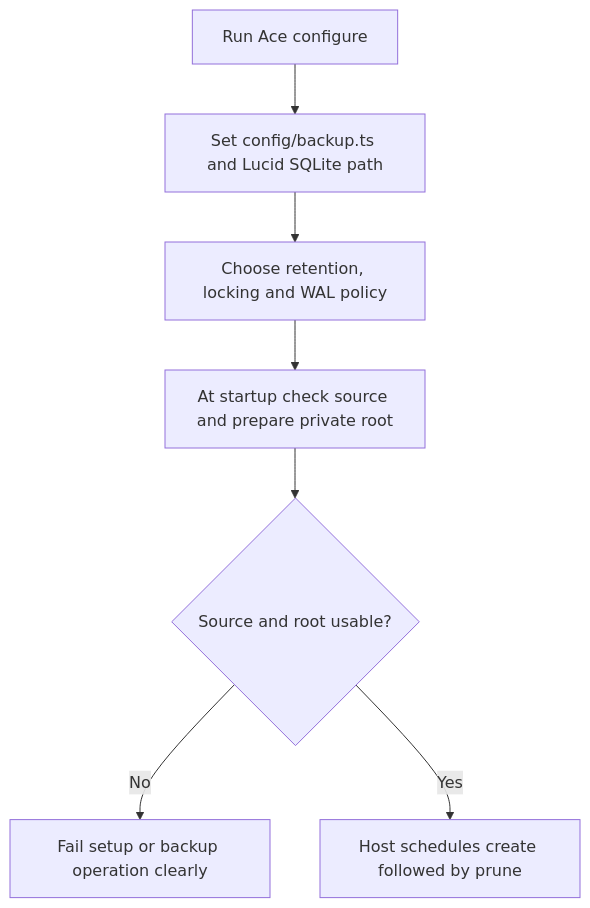
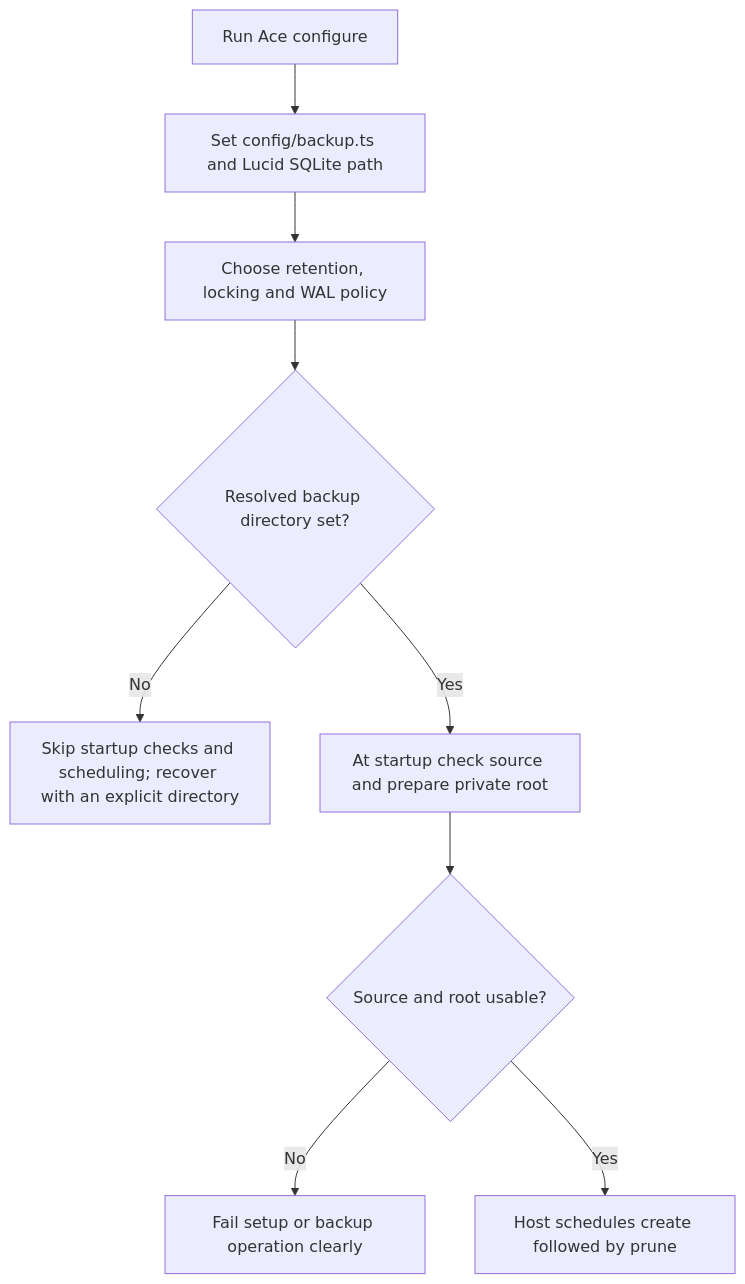
The first of 2 diagrams in user-stories/setup/us-setup-01-configure-backups.md (Kevinjohn/oss-adonisjs-sqlite-backup), drawn with Mermaid before and after one commit. The commit also changed other lines of this file and 9 other files, not shown here.

````diff
--- a/user-stories/setup/us-setup-01-configure-backups.md
+++ b/user-stories/setup/us-setup-01-configure-backups.md
@@ -32,9 +32,11 @@
 ```mermaid
 flowchart TD
     A["Run Ace configure"] --> B["Set config/backup.ts and Lucid SQLite path"]
     B --> C["Choose retention, locking and WAL policy"]
-    C --> D["At startup check source and prepare private root"]
+    C --> C1{"Resolved backup directory set?"}
+    C1 -->|No| C2["Skip startup checks and scheduling; recover with an explicit directory"]
+    C1 -->|Yes| D["At startup check source and prepare private root"]
     D --> E{"Source and root usable?"}
     E -->|No| F["Fail setup or backup operation clearly"]
     E -->|Yes| G["Host schedules create followed by prune"]
 ```
````
